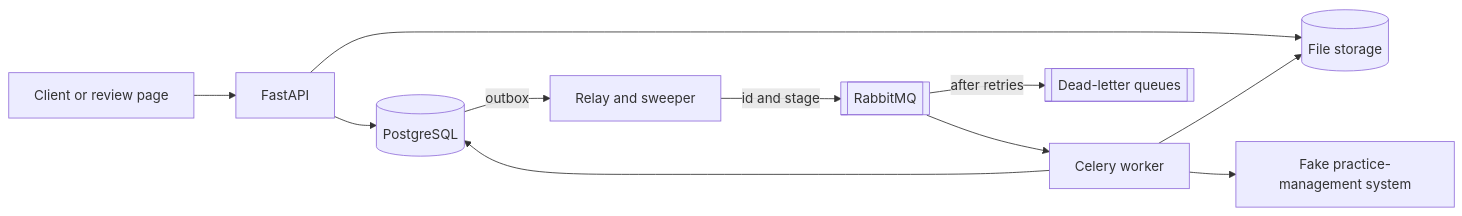
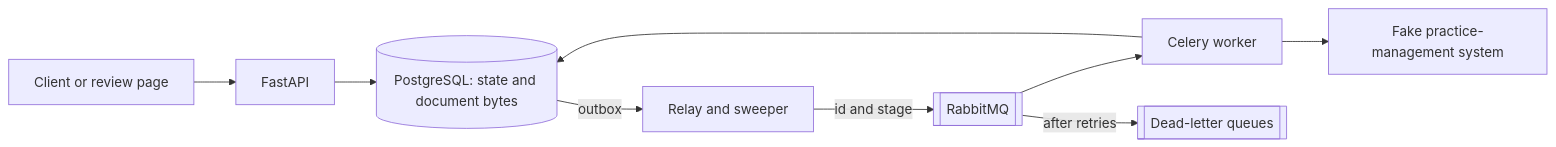
The first of 2 diagrams in README.md (Udit013/mailroom), drawn with Mermaid before and after one commit. The commit also changed other lines of this file and 33 other files, not shown here.

````diff
--- a/README.md
+++ b/README.md
@@ -18,13 +18,11 @@
 ```mermaid
 flowchart LR
     client[Client or review page] --> api[FastAPI]
-    api --> db[(PostgreSQL)]
-    api --> files[(File storage)]
+    api --> db[(PostgreSQL: state and document bytes)]
     db -- outbox --> relay[Relay and sweeper]
     relay -- id and stage --> mq[[RabbitMQ]]
     mq --> worker[Celery worker]
     worker --> db
-    worker --> files
     worker --> dms[Fake practice-management system]
     mq -- after retries --> dlq[[Dead-letter queues]]
 ```
````
